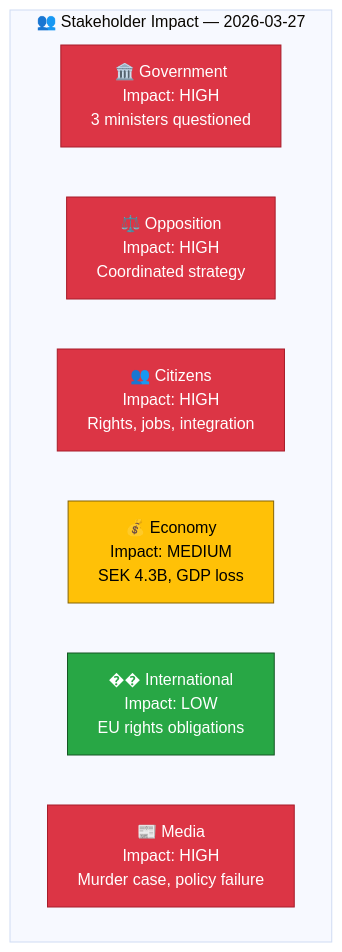
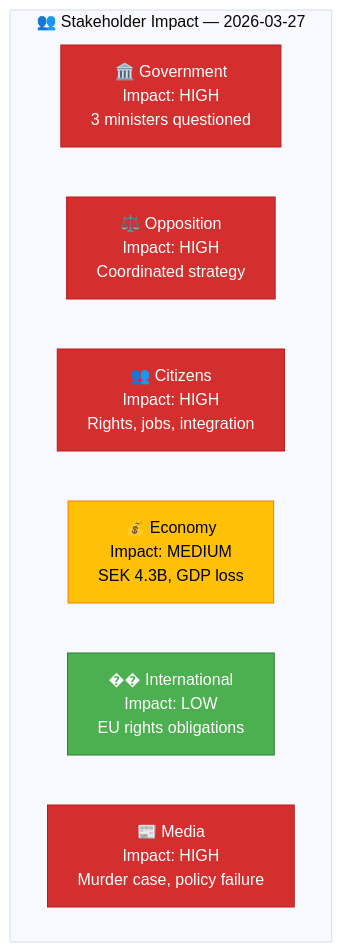
One commit to Hack23/riksdagsmonitor changed the diagram in analysis/daily/2026-03-27/interpellations/stakeholder-perspectives.md. Above: the diagram before and after it, drawn with Mermaid (base theme). The commit also changed 785 other files, not shown here.

First line of the commit message:
Normalize mermaid colors across 786 analysis artifacts to ISMS Style Guide palette

````diff
--- a/analysis/daily/2026-03-27/interpellations/stakeholder-perspectives.md
+++ b/analysis/daily/2026-03-27/interpellations/stakeholder-perspectives.md
@@ -17,17 +17,17 @@
 ```mermaid
 graph TD
     subgraph "👥 Stakeholder Impact — 2026-03-27"
         GOV["🏛️ Government<br/>Impact: HIGH<br/>3 ministers questioned"]
         OPP["⚖️ Opposition<br/>Impact: HIGH<br/>Coordinated strategy"]
         CIT["👥 Citizens<br/>Impact: HIGH<br/>Rights, jobs, integration"]
         ECO["💰 Economy<br/>Impact: MEDIUM<br/>SEK 4.3B, GDP loss"]
         INT["�� International<br/>Impact: LOW<br/>EU rights obligations"]
         MED["📰 Media<br/>Impact: HIGH<br/>Murder case, policy failure"]
     end
-    style GOV fill:#dc3545,color:#fff,stroke:#a71d2a
-    style OPP fill:#dc3545,color:#fff,stroke:#a71d2a
-    style CIT fill:#dc3545,color:#fff,stroke:#a71d2a
-    style ECO fill:#ffc107,color:#000,stroke:#856404
-    style INT fill:#28a745,color:#fff,stroke:#155724
-    style MED fill:#dc3545,color:#fff,stroke:#a71d2a
+    style GOV fill:#D32F2F,color:#FFFFFF,stroke:#B71C1C
+    style OPP fill:#D32F2F,color:#FFFFFF,stroke:#B71C1C
+    style CIT fill:#D32F2F,color:#FFFFFF,stroke:#B71C1C
+    style ECO fill:#FFC107,color:#000000,stroke:#F57C00
+    style INT fill:#4CAF50,color:#FFFFFF,stroke:#2E7D32
+    style MED fill:#D32F2F,color:#FFFFFF,stroke:#B71C1C
 ```
````
